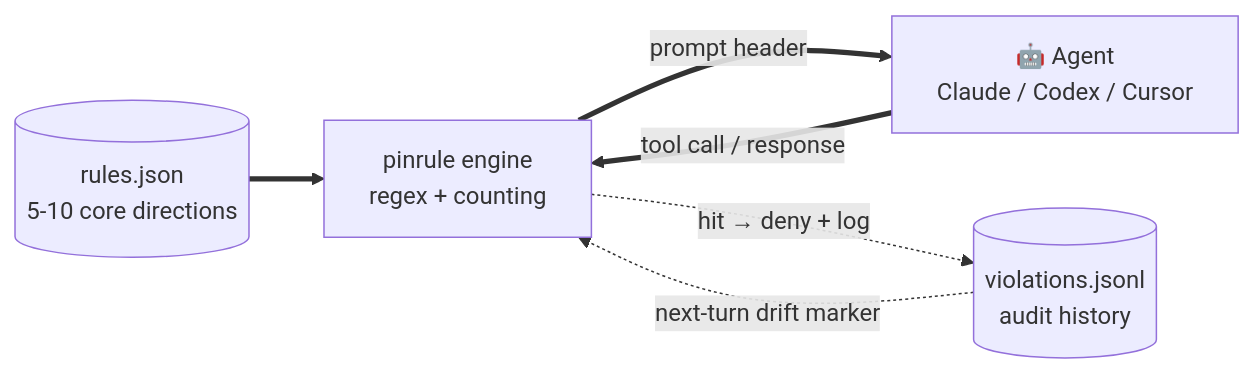
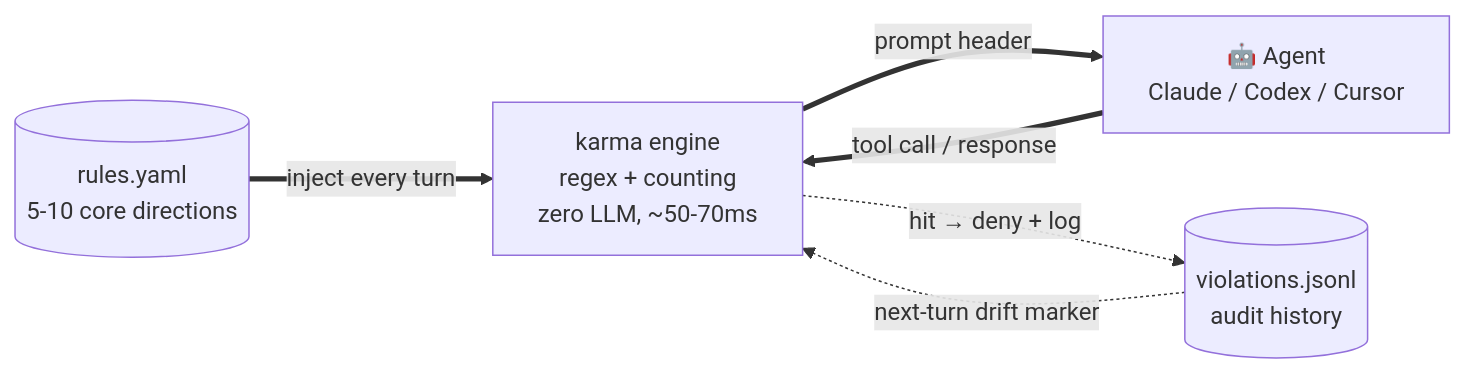
The first of 2 diagrams in README.md (jhaizhou-ops/pinrule), drawn with Mermaid before and after one commit. The commit also changed other lines of this file and 7 other files, not shown here.

````diff
--- a/README.md
+++ b/README.md
@@ -63,13 +276,13 @@
 ```mermaid
 flowchart LR
-    R[(rules.json<br/>5-10 core directions)]
-    K[pinrule engine<br/>regex + counting]
+    R[(rules.yaml<br/>5-10 core directions)]
+    K[karma engine<br/>regex + counting<br/>zero LLM, ~50-70ms]
     A[🤖 Agent<br/>Claude / Codex / Cursor]
     V[(violations.jsonl<br/>audit history)]
 
-    R ==> K
+    R ==>|inject every turn| K
     K ==>|prompt header| A
     A ==>|tool call / response| K
     K -.->|hit → deny + log| V
     V -.->|next-turn drift marker| K
 ```
````
